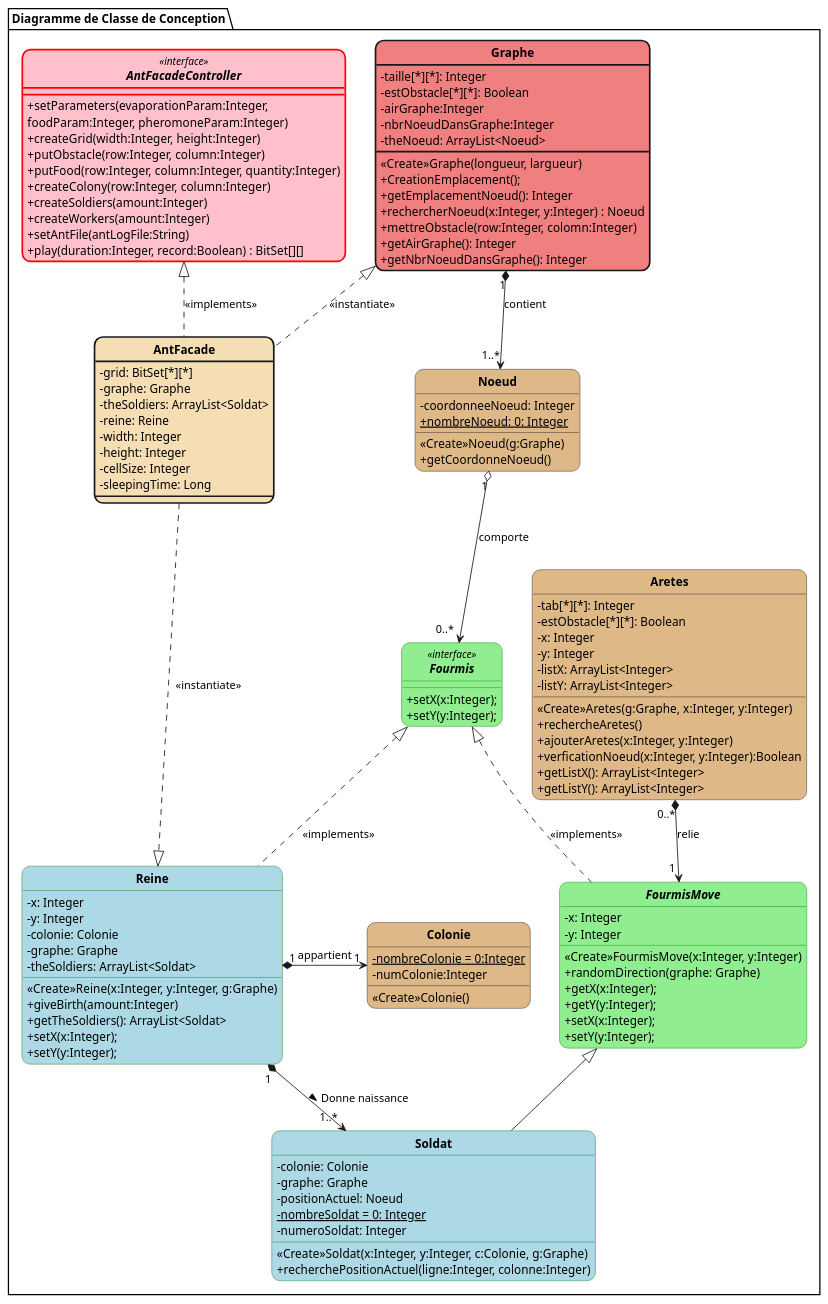
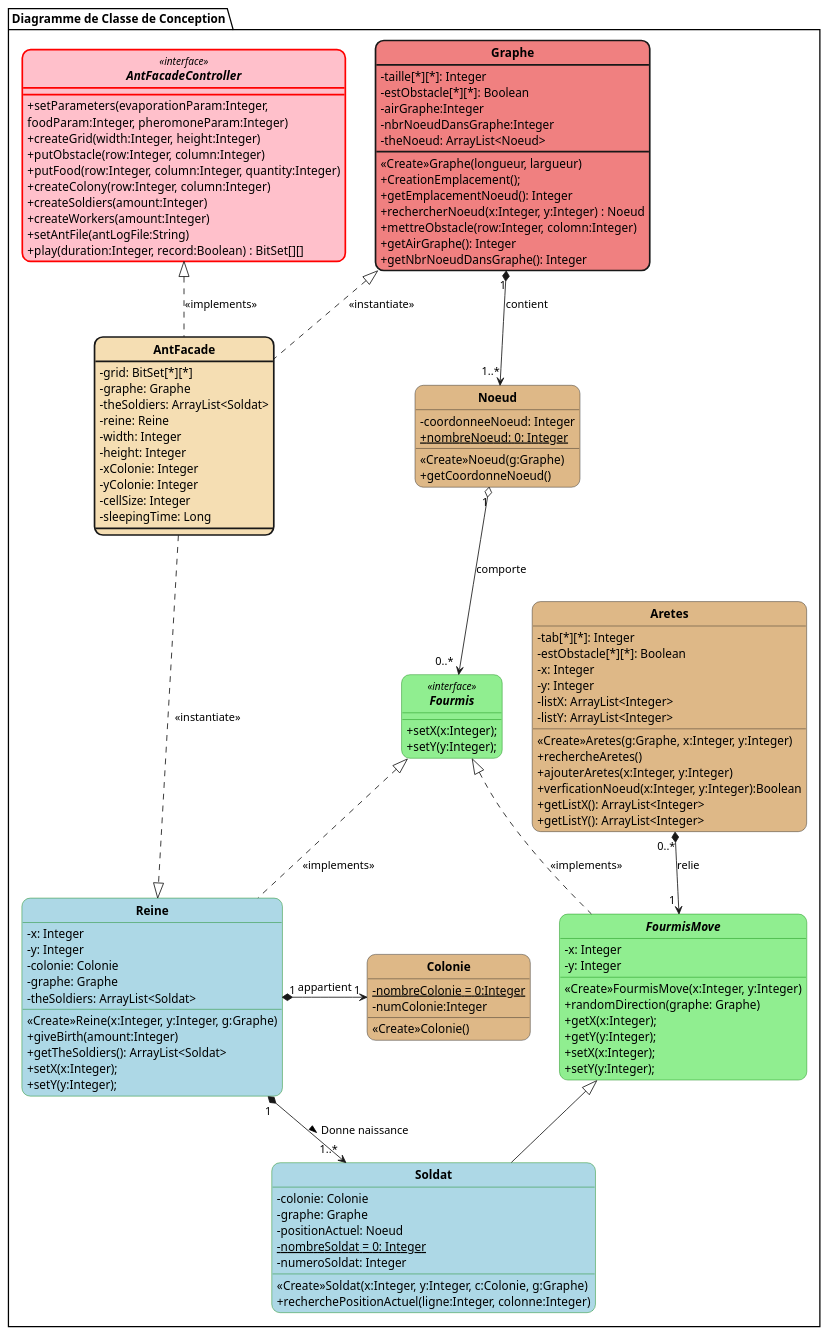
One commit to jvondermarck/ant-colony changed the diagram in plantUML/V1/Fourmis_DC_Conception.puml. Above: the diagram before and after it, drawn with PlantUML. The commit also changed 2 other files, not shown here.

```diff
--- a/plantUML/V1/Fourmis_DC_Conception.puml
+++ b/plantUML/V1/Fourmis_DC_Conception.puml
@@ -1,139 +1,142 @@
 @startuml
 'https://plantuml.com/class-diagram
 
 skinparam style strictuml
 skinparam classAttributeIconSize 0
 skinparam classFontStyle Bold
 skinparam roundcorner 20
 hide enum methods
 
 package "Diagramme de Classe de Conception" <<Folder>> {
   interface AntFacadeController <<interface>> #pink ##[bold]red {
       +setParameters(evaporationParam:Integer,
       foodParam:Integer, pheromoneParam:Integer)
       +createGrid(width:Integer, height:Integer)
       +putObstacle(row:Integer, column:Integer)
       +putFood(row:Integer, column:Integer, quantity:Integer)
       +createColony(row:Integer, column:Integer)
       +createSoldiers(amount:Integer)
       +createWorkers(amount:Integer)
       +setAntFile(antLogFile:String)
       +play(duration:Integer, record:Boolean) : BitSet[][]
   }
 
   class Graphe #lightcoral;line.bold {
       -taille[*][*]: Integer
       -estObstacle[*][*]: Boolean
       -airGraphe:Integer
       -nbrNoeudDansGraphe:Integer
       -theNoeud: ArrayList<Noeud>
 
       <<Create>>Graphe(longueur, largueur)
       +CreationEmplacement();
       +getEmplacementNoeud(): Integer
       +rechercherNoeud(x:Integer, y:Integer) : Noeud
       +mettreObstacle(row:Integer, colomn:Integer)
       +getAirGraphe(): Integer
       +getNbrNoeudDansGraphe(): Integer
   }
 
   class Colonie #burlywood {
       -{static} nombreColonie = 0:Integer
       -numColonie:Integer
       <<Create>>Colonie()
   }
 
   class Noeud #burlywood {
       -coordonneeNoeud: Integer
       +{static} nombreNoeud: 0: Integer
 
       <<Create>>Noeud(g:Graphe)
       +getCoordonneNoeud()
   }
 
   class AntFacade #back:Wheat;line.bold {
       -grid: BitSet[*][*]
       -graphe: Graphe
       -theSoldiers: ArrayList<Soldat>
       -reine: Reine
       -width: Integer
       -height: Integer
+      -xColonie: Integer
+      -yColonie: Integer
       -cellSize: Integer
       -sleepingTime: Long
+
   }
 
   class Aretes #burlywood {
       -tab[*][*]: Integer
       -estObstacle[*][*]: Boolean
       -x: Integer
       -y: Integer
       -listX: ArrayList<Integer>
       -listY: ArrayList<Integer>
 
       <<Create>>Aretes(g:Graphe, x:Integer, y:Integer)
       +rechercheAretes()
       +ajouterAretes(x:Integer, y:Integer)
       +verficationNoeud(x:Integer, y:Integer):Boolean
       +getListX(): ArrayList<Integer>
       +getListY(): ArrayList<Integer>
   }
 
   interface Fourmis <<interface>> #lightgreen;line:green {
       +setX(x:Integer);
       +setY(y:Integer);
   }
 
   class Reine #lightblue;line:green {
       -x: Integer
       -y: Integer
       -colonie: Colonie
       -graphe: Graphe
       -theSoldiers: ArrayList<Soldat>
 
       <<Create>>Reine(x:Integer, y:Integer, g:Graphe)
       +giveBirth(amount:Integer)
       +getTheSoldiers(): ArrayList<Soldat>
       +setX(x:Integer);
       +setY(y:Integer);
   }
 
   abstract class FourmisMove #lightgreen;line:green {
       -x: Integer
       -y: Integer
 
       <<Create>>FourmisMove(x:Integer, y:Integer)
       +randomDirection(graphe: Graphe)
       +getX(x:Integer);
       +getY(y:Integer);
       +setX(x:Integer);
       +setY(y:Integer);
   }
 
   class Soldat #lightblue;line:green {
       -colonie: Colonie
       -graphe: Graphe
       -positionActuel: Noeud
       -{static} nombreSoldat = 0: Integer
       -numeroSoldat: Integer
 
       <<Create>>Soldat(x:Integer, y:Integer, c:Colonie, g:Graphe)
       +recherchePositionActuel(ligne:Integer, colonne:Integer)
   }
 }
 
 
 AntFacadeController <|.. AntFacade : <<implements>>
 AntFacade .up.|> Graphe : <<instantiate>>
 AntFacade ..|> Reine : <<instantiate>>
 
 Graphe "1" *--> "1..*" Noeud : contient
 
 FourmisMove "\t\t\t\t1" <--up* "0..*" Aretes : relie
 Reine "1" *-right> "1" Colonie : appartient
 Noeud "1" o--> "0..*\t" Fourmis : comporte
 Fourmis <|.. Reine : <<implements>>
 Fourmis <|.. FourmisMove : <<implements>>
 FourmisMove <|-- Soldat
 Reine "\t\t\t\t\t\t1" *-> "1..*" Soldat : Donne naissance >
 
 @enduml
```
